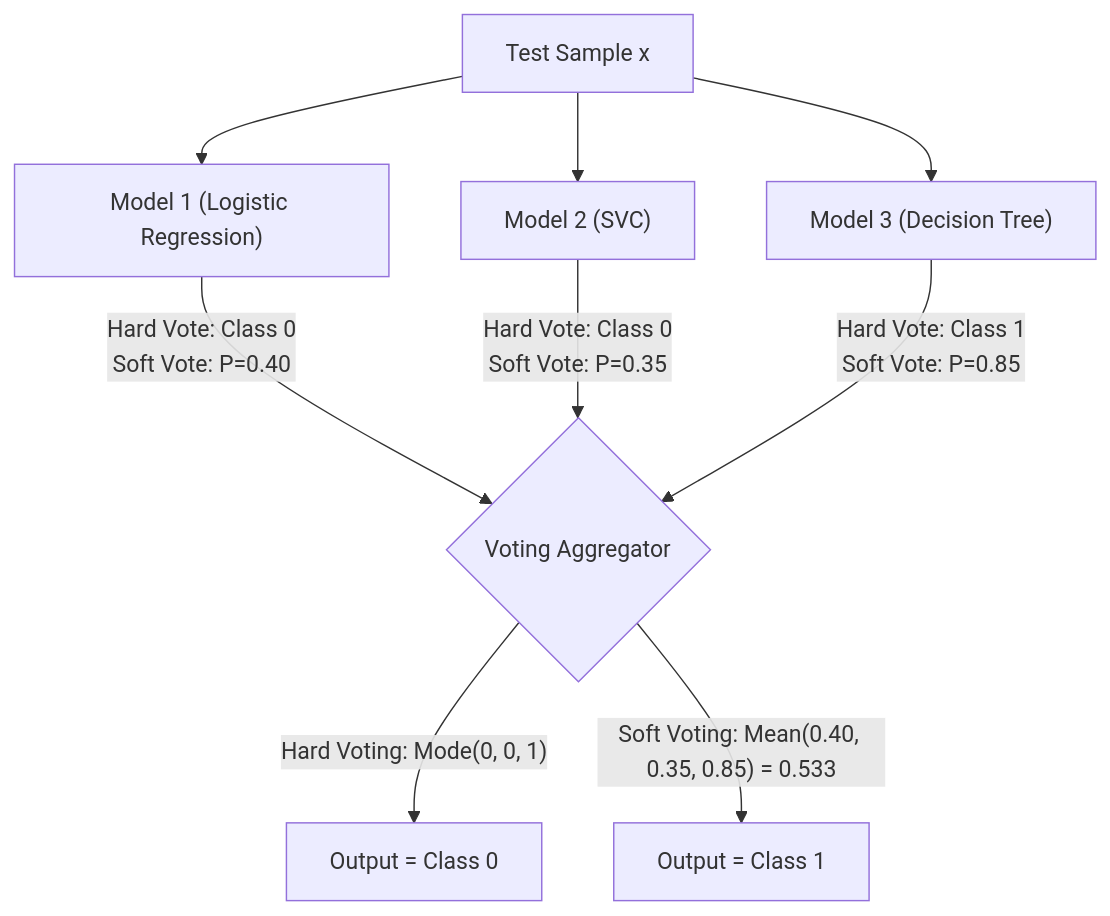
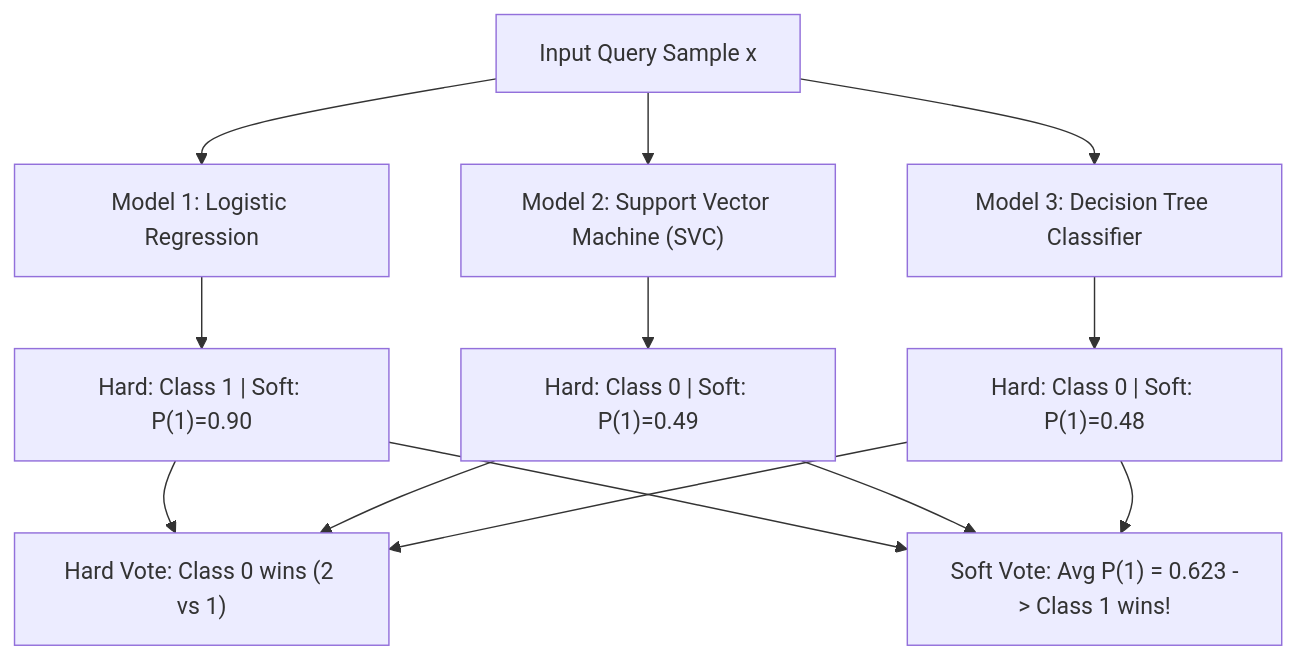
One commit to S1h2i3v4a/AI_ML changed the diagram in lecture_30/Notes_30.10/README.md. Above: the diagram before and after it, drawn with Mermaid. The commit also changed other lines of this file and 57 other files, not shown here.

````diff
--- a/lecture_30/Notes_30.10/README.md
+++ b/lecture_30/Notes_30.10/README.md
@@ -18,13 +55,18 @@
 ```mermaid
 flowchart TD
-    D["Test Sample x"] --> M1["Model 1 (Logistic Regression)"]
-    D --> M2["Model 2 (SVC)"]
-    D --> M3["Model 3 (Decision Tree)"]
+    A["Input Query Sample x"] --> B1["Model 1: Logistic Regression"]
+    A --> B2["Model 2: Support Vector Machine (SVC)"]
+    A --> B3["Model 3: Decision Tree Classifier"]
     
-    M1 -->|"Hard Vote: Class 0<br>Soft Vote: P=0.40"| V{"Voting Aggregator"}
-    M2 -->|"Hard Vote: Class 0<br>Soft Vote: P=0.35"| V
-    M3 -->|"Hard Vote: Class 1<br>Soft Vote: P=0.85"| V
+    B1 --> C1["Hard: Class 1 | Soft: P(1)=0.90"]
+    B2 --> C2["Hard: Class 0 | Soft: P(1)=0.49"]
+    B3 --> C3["Hard: Class 0 | Soft: P(1)=0.48"]
     
-    V -->|"Hard Voting: Mode(0, 0, 1)"| H["Output = Class 0"]
-    V -->|"Soft Voting: Mean(0.40, 0.35, 0.85) = 0.533"| S["Output = Class 1"]
+    C1 --> D["Hard Vote: Class 0 wins (2 vs 1)"]
+    C2 --> D
+    C3 --> D
+    
+    C1 --> E["Soft Vote: Avg P(1) = 0.623 -> Class 1 wins!"]
+    C2 --> E
+    C3 --> E
 ```
````
